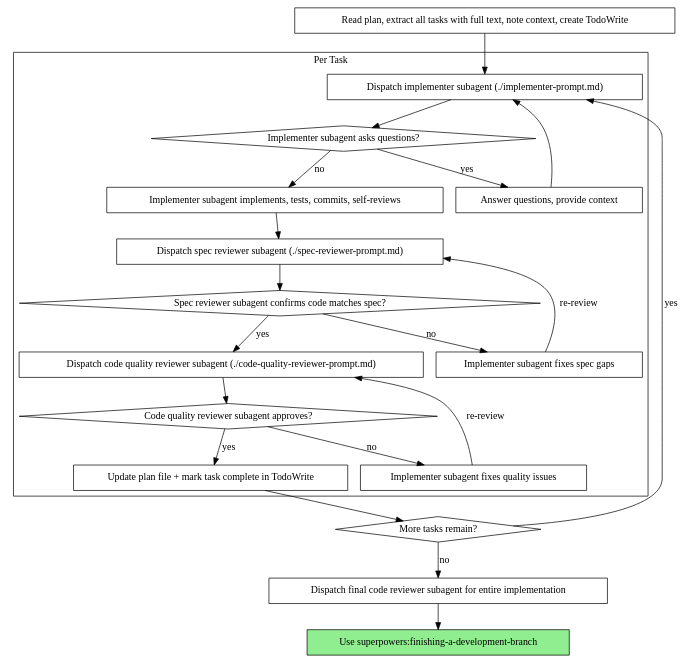
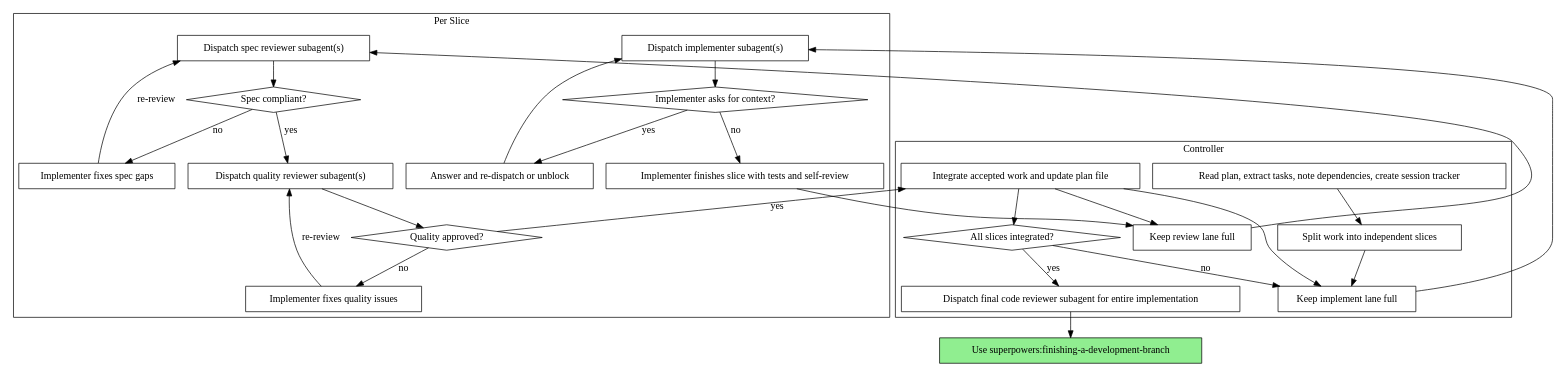
One commit to builtin-pb/codex-customization changed the second of 2 diagrams in home/skills/orchestration/subagent-driven-development/SKILL.md. Above: the diagram before and after it, drawn with Graphviz. The commit also changed other lines of this file and 5 other files, not shown here.

````diff
--- a/home/skills/orchestration/subagent-driven-development/SKILL.md
+++ b/home/skills/orchestration/subagent-driven-development/SKILL.md
@@ -49,44 +58,56 @@
 ```dot
 digraph process {
     rankdir=TB;
 
-    subgraph cluster_per_task {
-        label="Per Task";
-        "Dispatch implementer subagent (./implementer-prompt.md)" [shape=box];
-        "Implementer subagent asks questions?" [shape=diamond];
-        "Answer questions, provide context" [shape=box];
-        "Implementer subagent implements, tests, commits, self-reviews" [shape=box];
-        "Dispatch spec reviewer subagent (./spec-reviewer-prompt.md)" [shape=box];
-        "Spec reviewer subagent confirms code matches spec?" [shape=diamond];
-        "Implementer subagent fixes spec gaps" [shape=box];
-        "Dispatch code quality reviewer subagent (./code-quality-reviewer-prompt.md)" [shape=box];
-        "Code quality reviewer subagent approves?" [shape=diamond];
-        "Implementer subagent fixes quality issues" [shape=box];
-        "Update plan file + mark task complete in TodoWrite" [shape=box];
+    subgraph cluster_controller {
+        label="Controller";
+        "Read plan, extract tasks, note dependencies, create session tracker" [shape=box];
+        "Split work into independent slices" [shape=box];
+        "Keep implement lane full" [shape=box];
+        "Keep review lane full" [shape=box];
+        "Integrate accepted work and update plan file" [shape=box];
+        "All slices integrated?" [shape=diamond];
+        "Dispatch final code reviewer subagent for entire implementation" [shape=box];
     }
 
-    "Read plan, extract all tasks with full text, note context, create TodoWrite" [shape=box];
-    "More tasks remain?" [shape=diamond];
-    "Dispatch final code reviewer subagent for entire implementation" [shape=box];
+    subgraph cluster_loop {
+        label="Per Slice";
+        "Dispatch implementer subagent(s)" [shape=box];
+        "Implementer asks for context?" [shape=diamond];
+        "Answer and re-dispatch or unblock" [shape=box];
+        "Implementer finishes slice with tests and self-review" [shape=box];
+        "Dispatch spec reviewer subagent(s)" [shape=box];
+        "Spec compliant?" [shape=diamond];
+        "Implementer fixes spec gaps" [shape=box];
+        "Dispatch quality reviewer subagent(s)" [shape=box];
+        "Quality approved?" [shape=diamond];
+        "Implementer fixes quality issues" [shape=box];
+    }
+
     "Use superpowers:finishing-a-development-branch" [shape=box style=filled fillcolor=lightgreen];
 
-    "Read plan, extract all tasks with full text, note context, create TodoWrite" -> "Dispatch implementer subagent (./implementer-prompt.md)";
-    "Dispatch implementer subagent (./implementer-prompt.md)" -> "Implementer subagent asks questions?";
-    "Implementer subagent asks questions?" -> "Answer questions, provide context" [label="yes"];
-    "Answer questions, provide context" -> "Dispatch implementer subagent (./implementer-prompt.md)";
-    "Implementer subagent asks questions?" -> "Implementer subagent implements, tests, commits, self-reviews" [label="no"];
-    "Implementer subagent implements, tests, commits, self-reviews" -> "Dispatch spec reviewer subagent (./spec-reviewer-prompt.md)";
-    "Dispatch spec reviewer subagent (./spec-reviewer-prompt.md)" -> "Spec reviewer subagent confirms code matches spec?";
-    "Spec reviewer subagent confirms code matches spec?" -> "Implementer subagent fixes spec gaps" [label="no"];
-    "Implementer subagent fixes spec gaps" -> "Dispatch spec reviewer subagent (./spec-reviewer-prompt.md)" [label="re-review"];
-    "Spec reviewer subagent confirms code matches spec?" -> "Dispatch code quality reviewer subagent (./code-quality-reviewer-prompt.md)" [label="yes"];
-    "Dispatch code quality reviewer subagent (./code-quality-reviewer-prompt.md)" -> "Code quality reviewer subagent approves?";
-    "Code quality reviewer subagent approves?" -> "Implementer subagent fixes quality issues" [label="no"];
-    "Implementer subagent fixes quality issues" -> "Dispatch code quality reviewer subagent (./code-quality-reviewer-prompt.md)" [label="re-review"];
-    "Code quality reviewer subagent approves?" -> "Update plan file + mark task complete in TodoWrite" [label="yes"];
-    "Update plan file + mark task complete in TodoWrite" -> "More tasks remain?";
-    "More tasks remain?" -> "Dispatch implementer subagent (./implementer-prompt.md)" [label="yes"];
-    "More tasks remain?" -> "Dispatch final code reviewer subagent for entire implementation" [label="no"];
+    "Read plan, extract tasks, note dependencies, create session tracker" -> "Split work into independent slices";
+    "Split work into independent slices" -> "Keep implement lane full";
+    "Keep implement lane full" -> "Dispatch implementer subagent(s)";
+    "Dispatch implementer subagent(s)" -> "Implementer asks for context?";
+    "Implementer asks for context?" -> "Answer and re-dispatch or unblock" [label="yes"];
+    "Answer and re-dispatch or unblock" -> "Dispatch implementer subagent(s)";
+    "Implementer asks for context?" -> "Implementer finishes slice with tests and self-review" [label="no"];
+    "Implementer finishes slice with tests and self-review" -> "Keep review lane full";
+    "Keep review lane full" -> "Dispatch spec reviewer subagent(s)";
+    "Dispatch spec reviewer subagent(s)" -> "Spec compliant?";
+    "Spec compliant?" -> "Implementer fixes spec gaps" [label="no"];
+    "Implementer fixes spec gaps" -> "Dispatch spec reviewer subagent(s)" [label="re-review"];
+    "Spec compliant?" -> "Dispatch quality reviewer subagent(s)" [label="yes"];
+    "Dispatch quality reviewer subagent(s)" -> "Quality approved?";
+    "Quality approved?" -> "Implementer fixes quality issues" [label="no"];
+    "Implementer fixes quality issues" -> "Dispatch quality reviewer subagent(s)" [label="re-review"];
+    "Quality approved?" -> "Integrate accepted work and update plan file" [label="yes"];
+    "Integrate accepted work and update plan file" -> "Keep implement lane full";
+    "Integrate accepted work and update plan file" -> "Keep review lane full";
+    "Integrate accepted work and update plan file" -> "All slices integrated?";
+    "All slices integrated?" -> "Keep implement lane full" [label="no"];
+    "All slices integrated?" -> "Dispatch final code reviewer subagent for entire implementation" [label="yes"];
     "Dispatch final code reviewer subagent for entire implementation" -> "Use superpowers:finishing-a-development-branch";
 }
 ```
````
